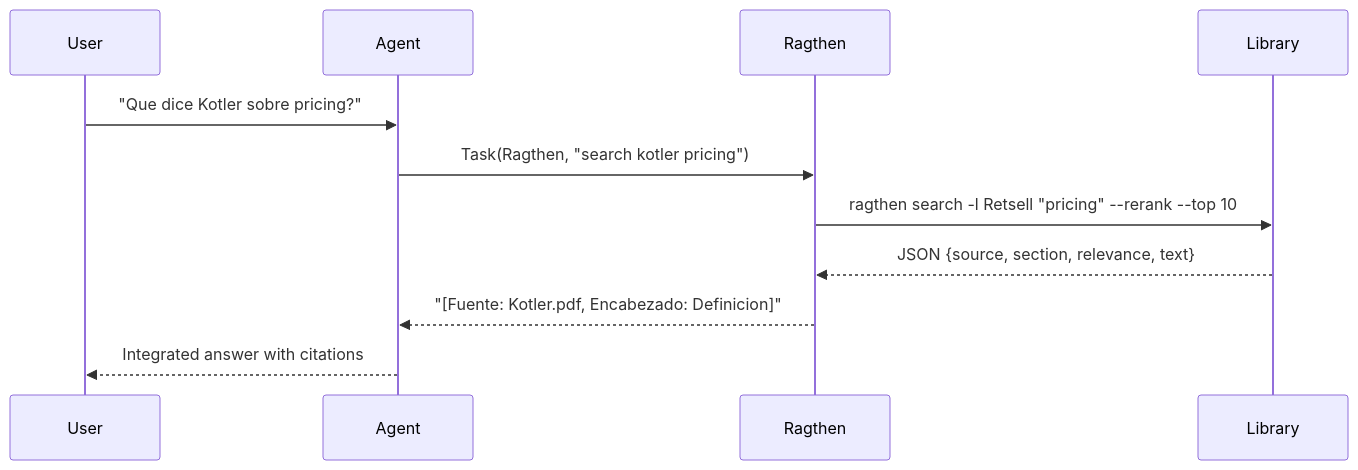
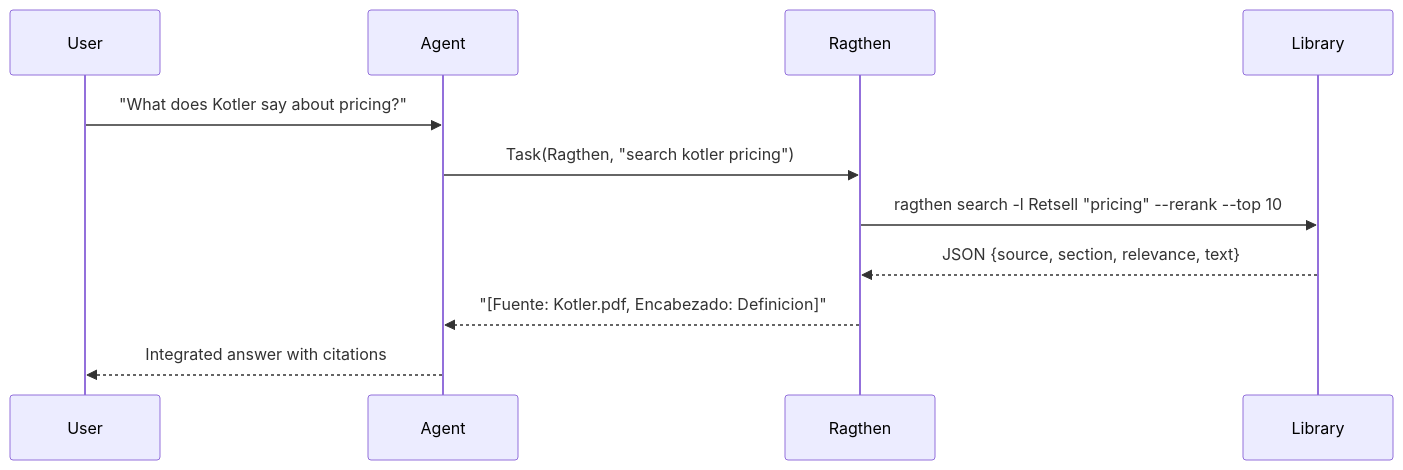
Before and after one commit to BrunoEdPerezS/ragthen: the third of 4 diagrams in README.md, drawn with Mermaid. The commit also changed other lines of this file, not shown here.

````diff
--- a/README.md
+++ b/README.md
@@ -111,14 +111,14 @@
 ```mermaid
 sequenceDiagram
     participant U as User
     participant A as Agent
     participant R as Ragthen
     participant L as Library
 
-    U->>A: "Que dice Kotler sobre pricing?"
+    U->>A: "What does Kotler say about pricing?"
     A->>R: Task(Ragthen, "search kotler pricing")
     R->>L: ragthen search -l Retsell "pricing" --rerank --top 10
     L-->>R: JSON {source, section, relevance, text}
     R-->>A: "[Fuente: Kotler.pdf, Encabezado: Definicion]"
     A-->>U: Integrated answer with citations
 ```
````
